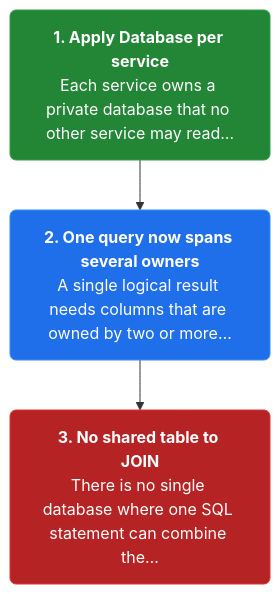
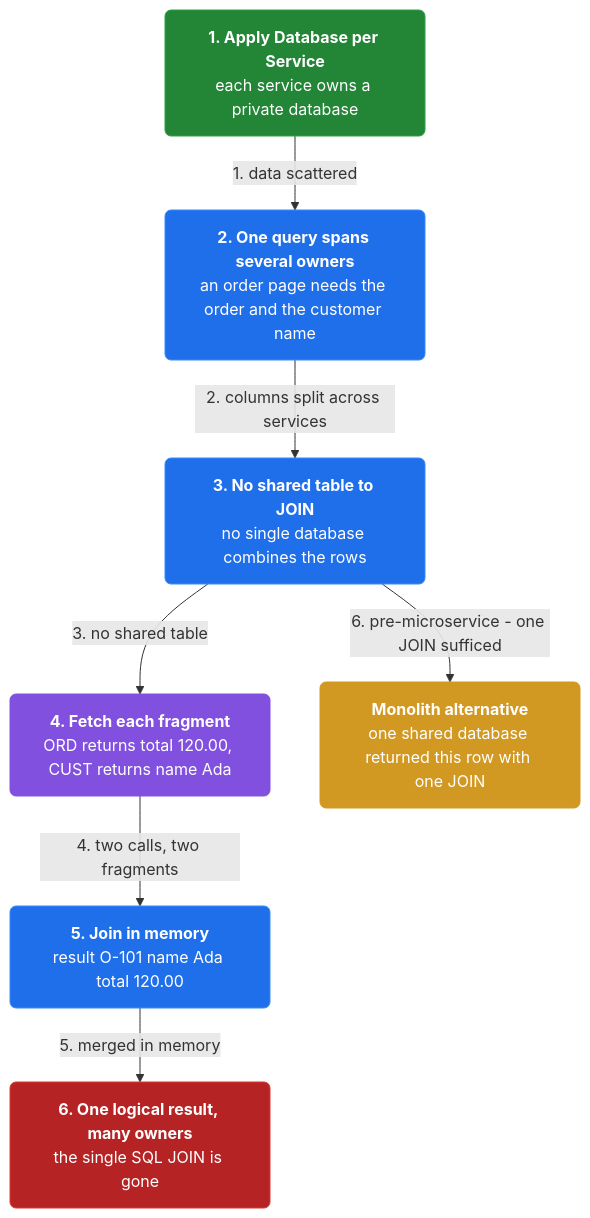
The first of 4 diagrams in docs/ch21-api-composition.md (vinayakuber/microservices-io-study-guide), drawn with Mermaid before and after one commit. The commit also changed other lines of this file and 46 other files, not shown here.

First line of the commit message:
Author rich branching flow diagrams for all 44 chapters

````diff
--- a/docs/ch21-api-composition.md
+++ b/docs/ch21-api-composition.md
@@ -13,11 +13,21 @@
 ```mermaid
 flowchart TD
-  classDef step fill:#1f6feb,color:#ffffff,stroke:#388bfd,stroke-width:1px,rx:6
+  classDef step fill:#1f6feb,color:#ffffff,stroke:#388bfd,rx:6
+  classDef core fill:#8250df,color:#ffffff,stroke:#8250df,rx:6
+  classDef warn fill:#d29922,color:#ffffff,stroke:#d29922,rx:6
   classDef start fill:#238636,color:#ffffff,stroke:#2ea043,rx:6
   classDef stop fill:#b62324,color:#ffffff,stroke:#da3633,rx:6
-  s0n0["<b>1. Apply Database per service</b><br/>Each service owns a private database that no other service may read…"]:::start
-  s0n1["<b>2. One query now spans several owners</b><br/>A single logical result needs columns that are owned by two or more…"]:::step
-  s0n2["<b>3. No shared table to JOIN</b><br/>There is no single database where one SQL statement can combine the…"]:::stop
-  s0n0 --> s0n1
-  s0n1 --> s0n2
+  n0["<b>1. Apply Database per Service</b><br/>each service owns a private database"]:::start
+  n1["<b>2. One query spans several owners</b><br/>an order page needs the order and the customer name"]:::step
+  n2["<b>3. No shared table to JOIN</b><br/>no single database combines the rows"]:::step
+  n3["<b>4. Fetch each fragment</b><br/>ORD returns total 120.00, CUST returns name Ada"]:::core
+  n4["<b>5. Join in memory</b><br/>result O-101 name Ada total 120.00"]:::step
+  n5["<b>6. One logical result, many owners</b><br/>the single SQL JOIN is gone"]:::stop
+  n6["<b>Monolith alternative</b><br/>one shared database returned this row with one JOIN"]:::warn
+  n0 -->|"1. data scattered"| n1
+  n1 -->|"2. columns split across services"| n2
+  n2 -->|"3. no shared table"| n3
+  n3 -->|"4. two calls, two fragments"| n4
+  n4 -->|"5. merged in memory"| n5
+  n2 -->|"6. pre-microservice - one JOIN sufficed"| n6
 ```
````
